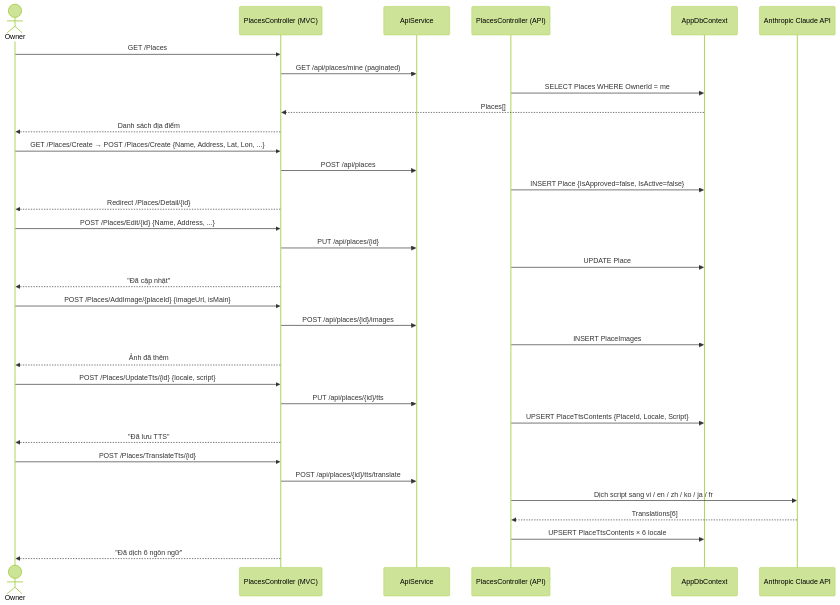
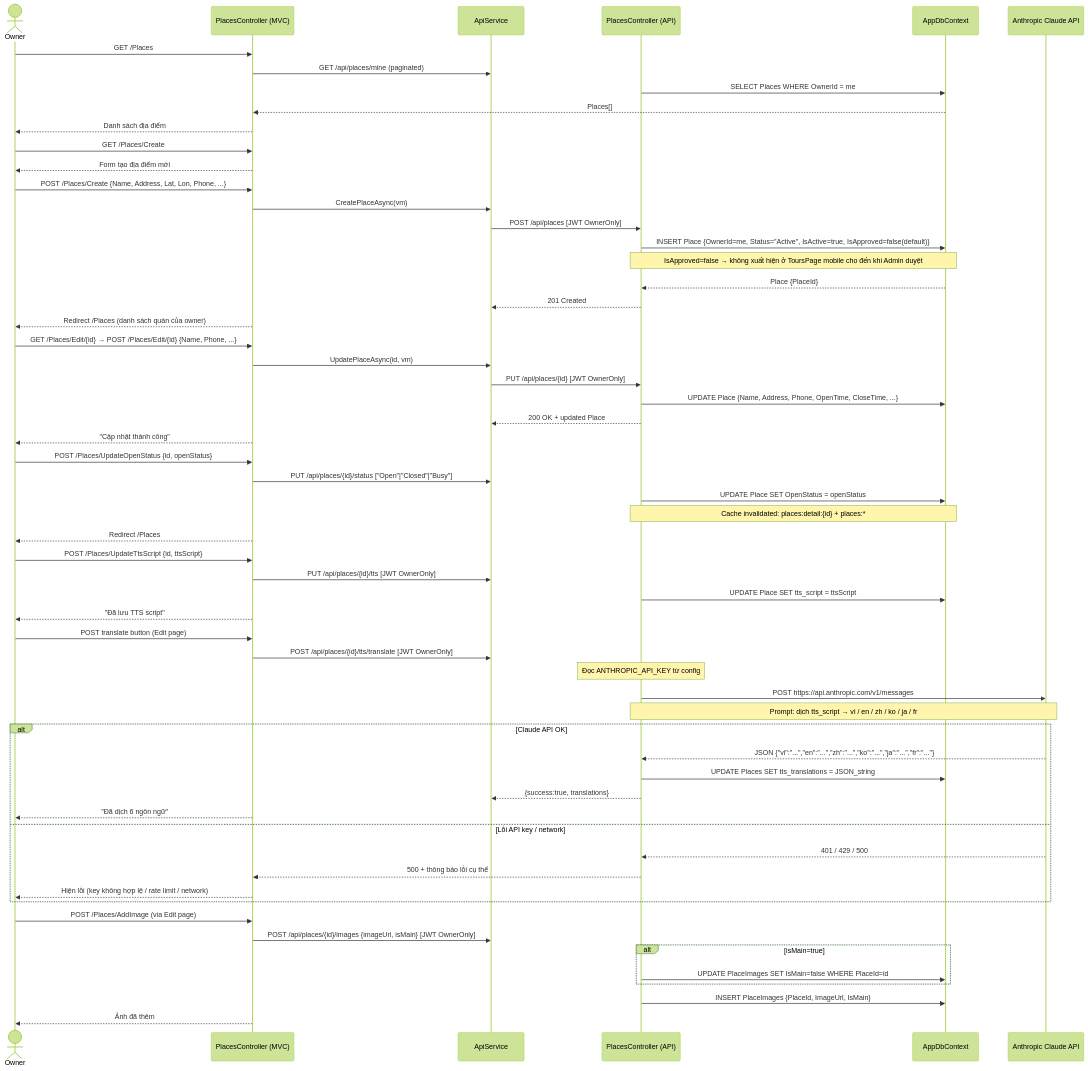
Before and after one commit to MTai55/csharp: diagram 14 of 25 in PRD.md, drawn with Mermaid (forest theme). The commit also changed other lines of this file and 7 other files, not shown here.

Commit message:
optimize và web sequence

````diff
--- a/PRD.md
+++ b/PRD.md
@@ -1836,42 +1822,69 @@
 ```mermaid
 sequenceDiagram
     actor Owner
     participant PlacesMVC as PlacesController (MVC)
     participant API as ApiService
     participant PlacesAPI as PlacesController (API)
     participant DB as AppDbContext
     participant Claude as Anthropic Claude API
 
     Owner->>PlacesMVC: GET /Places
     PlacesMVC->>API: GET /api/places/mine (paginated)
     PlacesAPI->>DB: SELECT Places WHERE OwnerId = me
     DB-->>PlacesMVC: Places[]
     PlacesMVC-->>Owner: Danh sách địa điểm
 
-    Owner->>PlacesMVC: GET /Places/Create → POST /Places/Create {Name, Address, Lat, Lon, ...}
-    PlacesMVC->>API: POST /api/places
-    PlacesAPI->>DB: INSERT Place {IsApproved=false, IsActive=false}
-    PlacesMVC-->>Owner: Redirect /Places/Detail/{id}
+    Owner->>PlacesMVC: GET /Places/Create
+    PlacesMVC-->>Owner: Form tạo địa điểm mới
 
-    Owner->>PlacesMVC: POST /Places/Edit/{id} {Name, Address, ...}
-    PlacesMVC->>API: PUT /api/places/{id}
-    PlacesAPI->>DB: UPDATE Place
-    PlacesMVC-->>Owner: "Đã cập nhật"
+    Owner->>PlacesMVC: POST /Places/Create {Name, Address, Lat, Lon, Phone, ...}
+    PlacesMVC->>API: CreatePlaceAsync(vm)
+    API->>PlacesAPI: POST /api/places [JWT OwnerOnly]
+    PlacesAPI->>DB: INSERT Place {OwnerId=me, Status="Active", IsActive=true, IsApproved=false(default)}
+    Note over PlacesAPI,DB: IsApproved=false → không xuất hiện ở ToursPage mobile cho đến khi Admin duyệt
+    DB-->>PlacesAPI: Place {PlaceId}
+    PlacesAPI-->>API: 201 Created
+    PlacesMVC-->>Owner: Redirect /Places (danh sách quán của owner)
 
-    Owner->>PlacesMVC: POST /Places/AddImage/{placeId} {imageUrl, isMain}
-    PlacesMVC->>API: POST /api/places/{id}/images
-    PlacesAPI->>DB: INSERT PlaceImages
+    Owner->>PlacesMVC: GET /Places/Edit/{id} → POST /Places/Edit/{id} {Name, Phone, ...}
+    PlacesMVC->>API: UpdatePlaceAsync(id, vm)
+    API->>PlacesAPI: PUT /api/places/{id} [JWT OwnerOnly]
+    PlacesAPI->>DB: UPDATE Place {Name, Address, Phone, OpenTime, CloseTime, ...}
+    PlacesAPI-->>API: 200 OK + updated Place
+    PlacesMVC-->>Owner: "Cập nhật thành công"
+
+    Owner->>PlacesMVC: POST /Places/UpdateOpenStatus {id, openStatus}
+    PlacesMVC->>API: PUT /api/places/{id}/status ["Open"|"Closed"|"Busy"]
+    PlacesAPI->>DB: UPDATE Place SET OpenStatus = openStatus
+    Note over PlacesAPI,DB: Cache invalidated: places:detail:{id} + places:*
+    PlacesMVC-->>Owner: Redirect /Places
+
+    Owner->>PlacesMVC: POST /Places/UpdateTtsScript {id, ttsScript}
+    PlacesMVC->>API: PUT /api/places/{id}/tts [JWT OwnerOnly]
+    PlacesAPI->>DB: UPDATE Place SET tts_script = ttsScript
+    PlacesMVC-->>Owner: "Đã lưu TTS script"
+
+    Owner->>PlacesMVC: POST translate button (Edit page)
+    PlacesMVC->>API: POST /api/places/{id}/tts/translate [JWT OwnerOnly]
+    Note over PlacesAPI: Đọc ANTHROPIC_API_KEY từ config
+    PlacesAPI->>Claude: POST https://api.anthropic.com/v1/messages
+    Note over PlacesAPI,Claude: Prompt: dịch tts_script → vi / en / zh / ko / ja / fr
+    alt Claude API OK
+        Claude-->>PlacesAPI: JSON {"vi":"...","en":"...","zh":"...","ko":"...","ja":"...","fr":"..."}
+        PlacesAPI->>DB: UPDATE Places SET tts_translations = JSON_string
+        PlacesAPI-->>API: {success:true, translations}
+        PlacesMVC-->>Owner: "Đã dịch 6 ngôn ngữ"
+    else Lỗi API key / network
+        Claude-->>PlacesAPI: 401 / 429 / 500
+        PlacesAPI-->>PlacesMVC: 500 + thông báo lỗi cụ thể
+        PlacesMVC-->>Owner: Hiện lỗi (key không hợp lệ / rate limit / network)
+    end
+
+    Owner->>PlacesMVC: POST /Places/AddImage (via Edit page)
+    PlacesMVC->>API: POST /api/places/{id}/images {imageUrl, isMain} [JWT OwnerOnly]
+    alt isMain=true
+        PlacesAPI->>DB: UPDATE PlaceImages SET IsMain=false WHERE PlaceId=id
+    end
+    PlacesAPI->>DB: INSERT PlaceImages {PlaceId, ImageUrl, IsMain}
     PlacesMVC-->>Owner: Ảnh đã thêm
-
-    Owner->>PlacesMVC: POST /Places/UpdateTts/{id} {locale, script}
-    PlacesMVC->>API: PUT /api/places/{id}/tts
-    PlacesAPI->>DB: UPSERT PlaceTtsContents {PlaceId, Locale, Script}
-    PlacesMVC-->>Owner: "Đã lưu TTS"
-
-    Owner->>PlacesMVC: POST /Places/TranslateTts/{id}
-    PlacesMVC->>API: POST /api/places/{id}/tts/translate
-    PlacesAPI->>Claude: Dịch script sang vi / en / zh / ko / ja / fr
-    Claude-->>PlacesAPI: Translations[6]
-    PlacesAPI->>DB: UPSERT PlaceTtsContents × 6 locale
-    PlacesMVC-->>Owner: "Đã dịch 6 ngôn ngữ"
 ```
````
